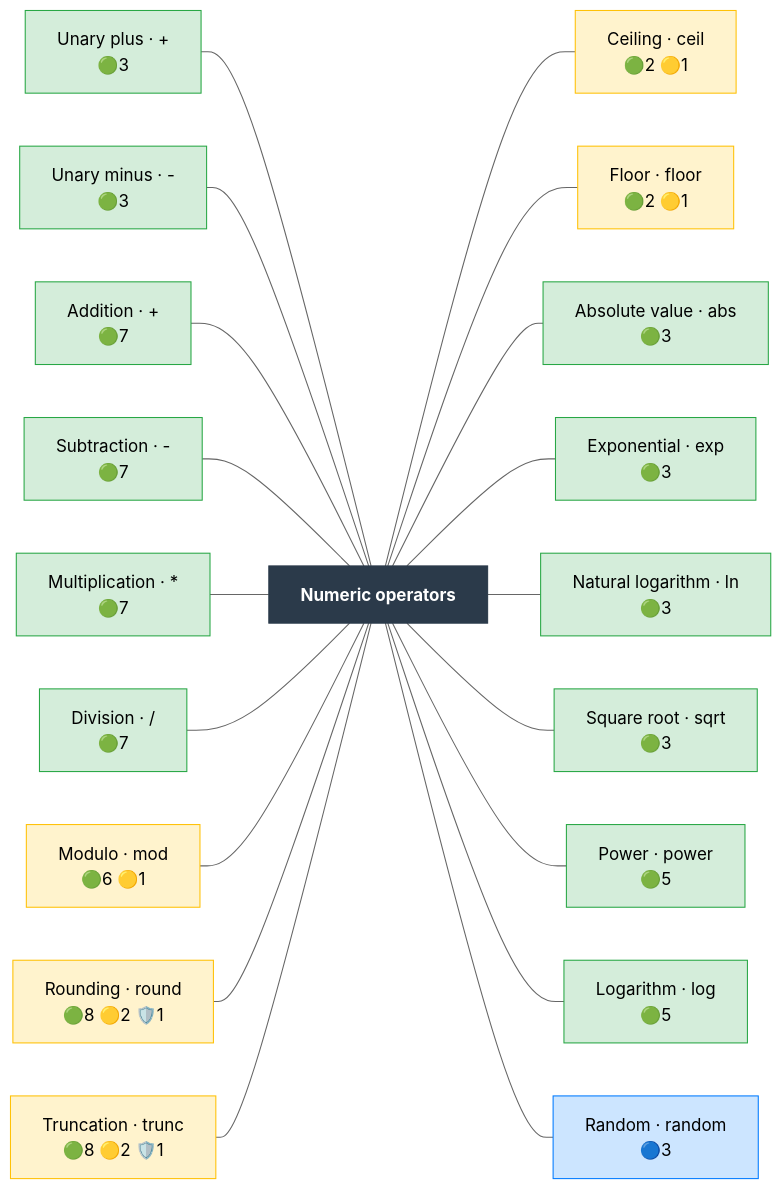
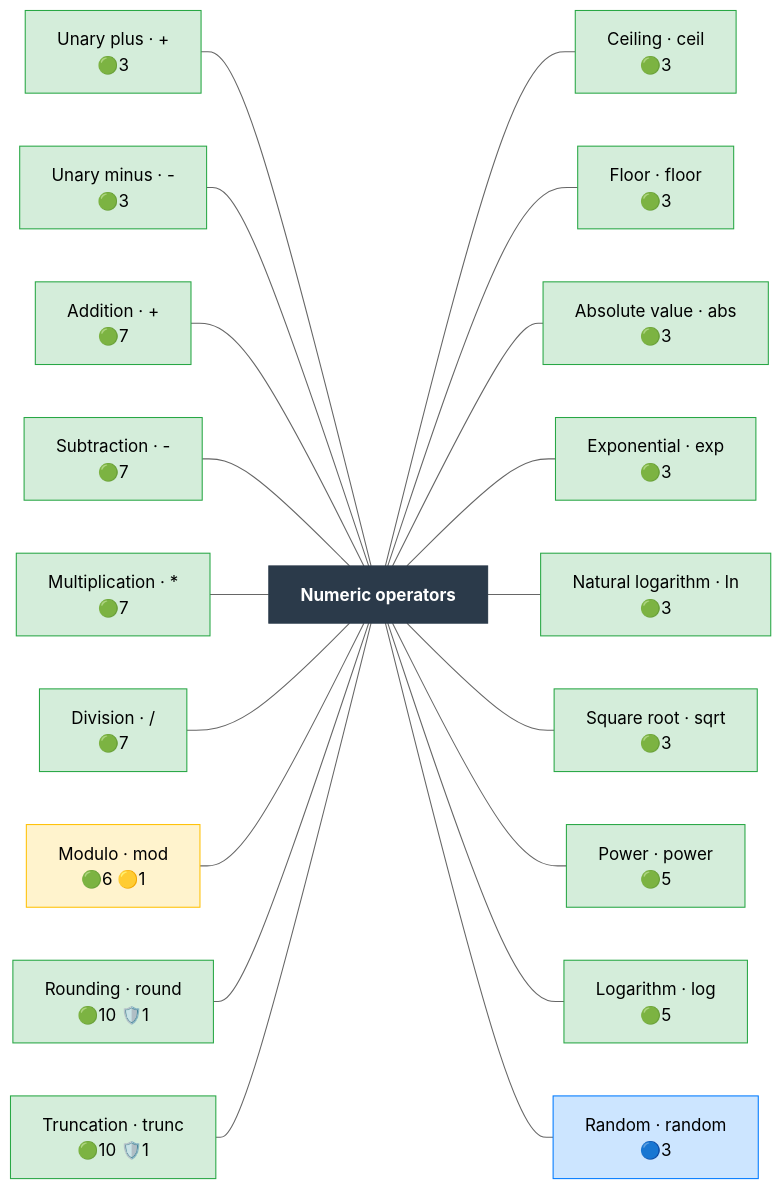
The diagram in docs/operator_map/numeric/index.rst (Meaningful-Data/vtlengine), drawn with Mermaid (neutral theme) before and after one commit. The commit also changed other lines of this file and 151 other files, not shown here.

First line of the commit message:
Expect int_var from ceil, floor, round and trunc on one measure

```diff
--- a/docs/operator_map/numeric/index.rst
+++ b/docs/operator_map/numeric/index.rst
@@ -17,66 +17,66 @@
 .. mermaid::
    :config: {"flowchart": {"useMaxWidth": false}}
 
    flowchart LR
        classDef ok fill:#d4edda,stroke:#28a745,color:#000
        classDef partial fill:#fff3cd,stroke:#ffc107,color:#000
        classDef refused fill:#d4edda,stroke:#28a745,stroke-width:3px,stroke-dasharray: 2 2,color:#000
        classDef missing fill:#f8d7da,stroke:#dc3545,color:#000
        classDef diverge fill:#cce5ff,stroke:#007bff,color:#000
        classDef block fill:#2b3a4a,stroke:#2b3a4a,color:#fff,font-weight:bold
        classDef ext fill:#fff,stroke:#666,color:#000,stroke-dasharray: 5 5
        B["Numeric operators"]:::block
        numeric__unary_plus["Unary plus · +<br/>🟢3"]:::ok
        numeric__unary_minus["Unary minus · -<br/>🟢3"]:::ok
        numeric__addition["Addition · +<br/>🟢7"]:::ok
        numeric__subtraction["Subtraction · -<br/>🟢7"]:::ok
        numeric__multiplication["Multiplication · *<br/>🟢7"]:::ok
        numeric__division["Division · /<br/>🟢7"]:::ok
        numeric__modulo["Modulo · mod<br/>🟢6 🟡1"]:::partial
-       numeric__round["Rounding · round<br/>🟢8 🟡2 🛡️1"]:::partial
-       numeric__trunc["Truncation · trunc<br/>🟢8 🟡2 🛡️1"]:::partial
-       numeric__ceil["Ceiling · ceil<br/>🟢2 🟡1"]:::partial
-       numeric__floor["Floor · floor<br/>🟢2 🟡1"]:::partial
+       numeric__round["Rounding · round<br/>🟢10 🛡️1"]:::ok
+       numeric__trunc["Truncation · trunc<br/>🟢10 🛡️1"]:::ok
+       numeric__ceil["Ceiling · ceil<br/>🟢3"]:::ok
+       numeric__floor["Floor · floor<br/>🟢3"]:::ok
        numeric__abs["Absolute value · abs<br/>🟢3"]:::ok
        numeric__exp["Exponential · exp<br/>🟢3"]:::ok
        numeric__ln["Natural logarithm · ln<br/>🟢3"]:::ok
        numeric__sqrt["Square root · sqrt<br/>🟢3"]:::ok
        numeric__power["Power · power<br/>🟢5"]:::ok
        numeric__log["Logarithm · log<br/>🟢5"]:::ok
        numeric__random["Random · random<br/>🔵3"]:::diverge
        numeric__unary_plus --- B
        numeric__unary_minus --- B
        numeric__addition --- B
        numeric__subtraction --- B
        numeric__multiplication --- B
        numeric__division --- B
        numeric__modulo --- B
        numeric__round --- B
        numeric__trunc --- B
        B --- numeric__ceil
        B --- numeric__floor
        B --- numeric__abs
        B --- numeric__exp
        B --- numeric__ln
        B --- numeric__sqrt
        B --- numeric__power
        B --- numeric__log
        B --- numeric__random
        click numeric__unary_plus href "unary_plus.html"
        click numeric__unary_minus href "unary_minus.html"
        click numeric__addition href "addition.html"
        click numeric__subtraction href "subtraction.html"
        click numeric__multiplication href "multiplication.html"
        click numeric__division href "division.html"
        click numeric__modulo href "modulo.html"
        click numeric__round href "round.html"
        click numeric__trunc href "trunc.html"
        click numeric__ceil href "ceil.html"
        click numeric__floor href "floor.html"
        click numeric__abs href "abs.html"
        click numeric__exp href "exp.html"
        click numeric__ln href "ln.html"
        click numeric__sqrt href "sqrt.html"
        click numeric__power href "power.html"
        click numeric__log href "log.html"
        click numeric__random href "random.html"
```
